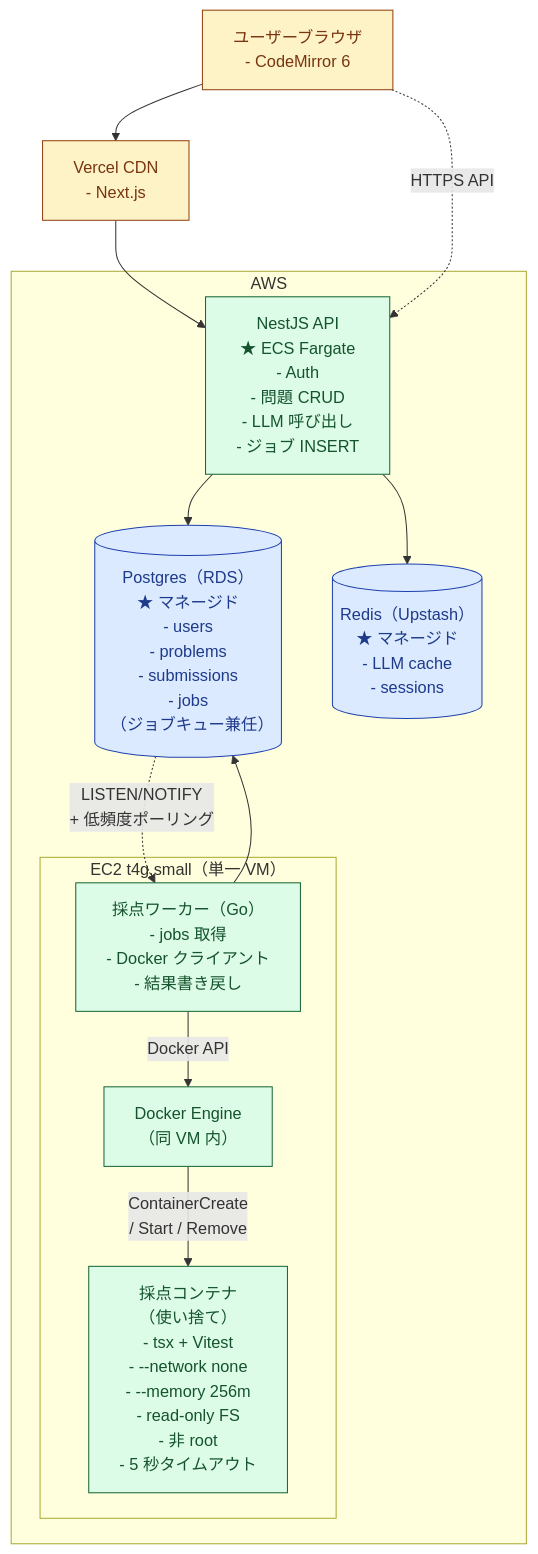
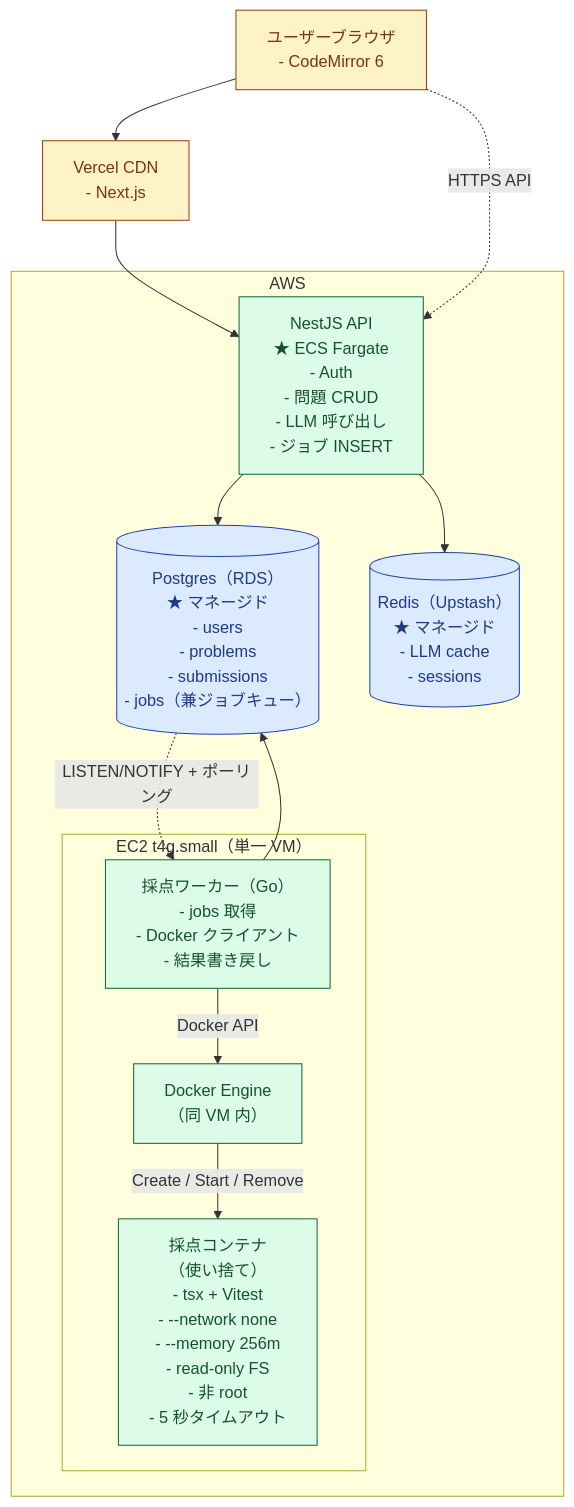
The first of 2 diagrams in SYSTEM_OVERVIEW.md (yzanbo/ai-coding-drill), drawn with Mermaid before and after one commit. The commit also changed other lines of this file and 2 other files, not shown here.

First line of the commit message:
fix(docs): SYSTEM_OVERVIEW の Mermaid レンダリングを修正し ADR 件数表記を SSoT 化

````diff
--- a/SYSTEM_OVERVIEW.md
+++ b/SYSTEM_OVERVIEW.md
@@ -9,34 +9,34 @@
 ```mermaid
 flowchart TB
     Browser["ユーザーブラウザ<br/>- CodeMirror 6"]
     CDN["Vercel CDN<br/>- Next.js"]
 
     subgraph aws["AWS"]
         API["NestJS API<br/>★ ECS Fargate<br/>- Auth<br/>- 問題 CRUD<br/>- LLM 呼び出し<br/>- ジョブ INSERT"]
-        DB[("Postgres（RDS）<br/>★ マネージド<br/>- users<br/>- problems<br/>- submissions<br/>- jobs<br/>　（ジョブキュー兼任）")]
+        DB[("Postgres（RDS）<br/>★ マネージド<br/>- users<br/>- problems<br/>- submissions<br/>- jobs（兼ジョブキュー）")]
         Redis[("Redis（Upstash）<br/>★ マネージド<br/>- LLM cache<br/>- sessions")]
 
         subgraph workerVM["EC2 t4g.small（単一 VM）"]
             Worker["採点ワーカー（Go）<br/>- jobs 取得<br/>- Docker クライアント<br/>- 結果書き戻し"]
             DockerEngine["Docker Engine<br/>（同 VM 内）"]
             Sandbox["採点コンテナ<br/>（使い捨て）<br/>- tsx + Vitest<br/>- --network none<br/>- --memory 256m<br/>- read-only FS<br/>- 非 root<br/>- 5 秒タイムアウト"]
         end
     end
 
     Browser --> CDN
     CDN --> API
     Browser -.->|"HTTPS API"| API
     API --> DB
     API --> Redis
-    DB -.->|"LISTEN/NOTIFY<br/>+ 低頻度ポーリング"| Worker
+    DB -.->|"LISTEN/NOTIFY + ポーリング"| Worker
     Worker --> DB
     Worker -->|"Docker API"| DockerEngine
-    DockerEngine -->|"ContainerCreate<br/>/ Start / Remove"| Sandbox
+    DockerEngine -->|"Create / Start / Remove"| Sandbox
 
     classDef store fill:#dbeafe,stroke:#1e40af,color:#1e3a8a
     classDef compute fill:#dcfce7,stroke:#166534,color:#14532d
     classDef edge fill:#fef3c7,stroke:#92400e,color:#78350f
     class DB,Redis store
     class API,Worker,DockerEngine,Sandbox compute
     class Browser,CDN edge
 ```
````
